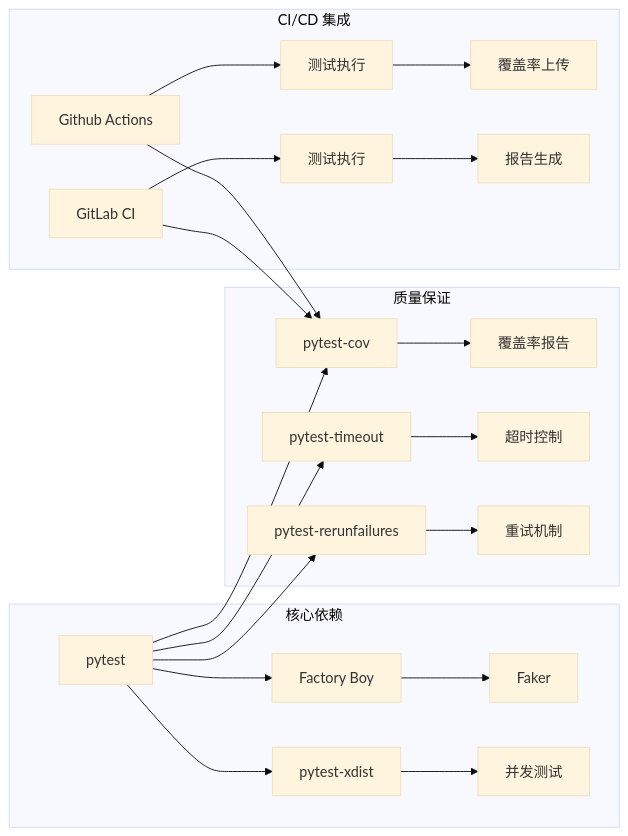
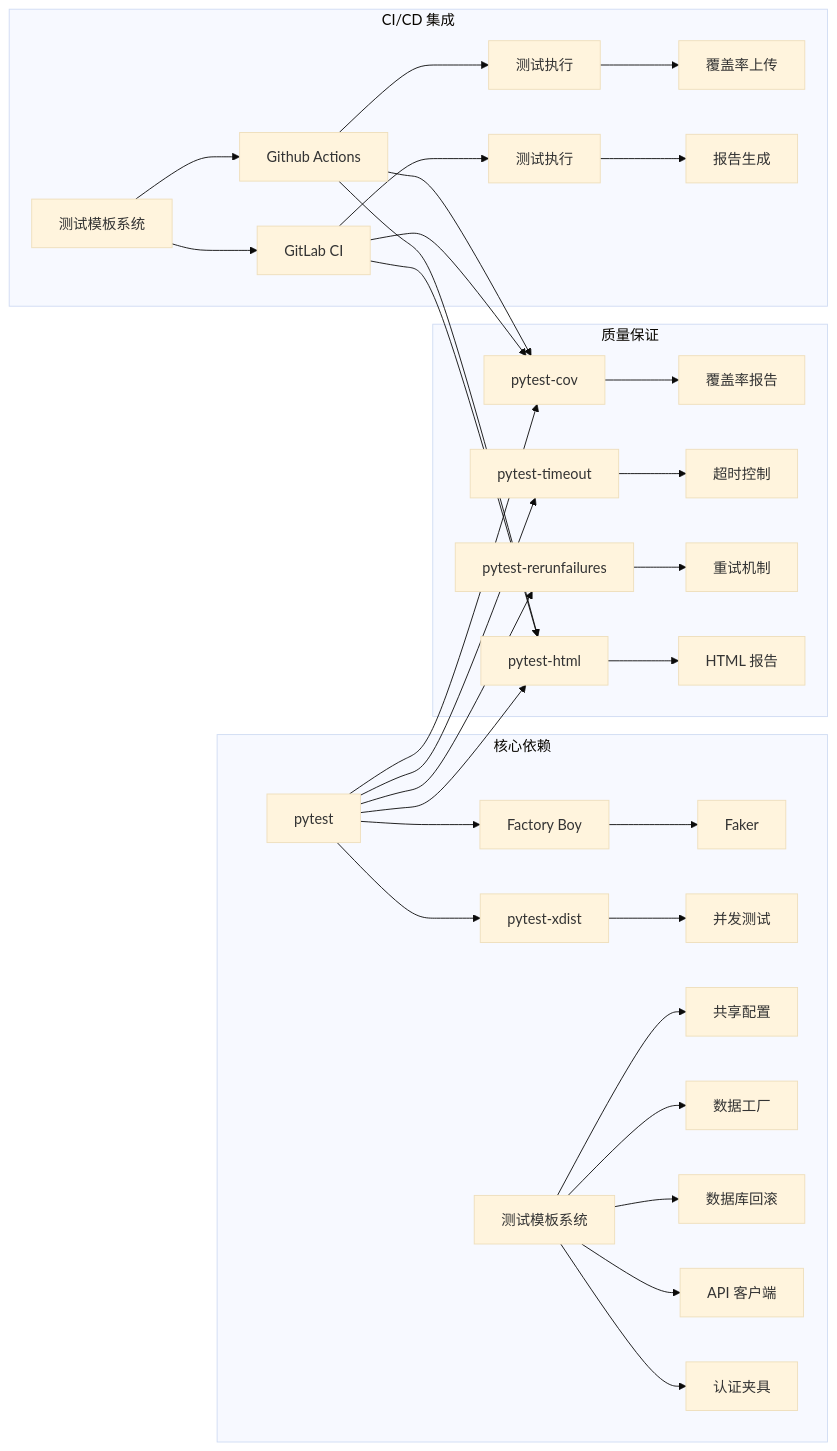
Before and after one commit to AngelWings1997/altas: the seventh of 9 diagrams in .qoder/repowiki/zh/content/Altas Workflow Core/测试数据管理参考.md, drawn with Mermaid (base theme). The commit also changed other lines of this file and 8 other files, not shown here.

````diff
--- a/.qoder/repowiki/zh/content/Altas Workflow Core/测试数据管理参考.md
+++ b/.qoder/repowiki/zh/content/Altas Workflow Core/测试数据管理参考.md
@@ -242,25 +413,36 @@
 ```mermaid
 graph LR
 subgraph "核心依赖"
 A[pytest] --> B[Factory Boy]
 B --> C[Faker]
 A --> D[pytest-xdist]
 D --> E[并发测试]
+F[测试模板系统] --> G[共享配置]
+F --> H[数据工厂]
+F --> I[数据库回滚]
+F --> J[API 客户端]
+F --> K[认证夹具]
 end
 subgraph "质量保证"
-F[pytest-cov] --> G[覆盖率报告]
-H[pytest-timeout] --> I[超时控制]
-J[pytest-rerunfailures] --> K[重试机制]
+L[pytest-cov] --> M[覆盖率报告]
+N[pytest-timeout] --> O[超时控制]
+P[pytest-rerunfailures] --> Q[重试机制]
+R[pytest-html] --> S[HTML 报告]
 end
 subgraph "CI/CD 集成"
-L[Github Actions] --> M[测试执行]
-M --> N[覆盖率上传]
-O[GitLab CI] --> P[测试执行]
-P --> Q[报告生成]
+T[Github Actions] --> U[测试执行]
+U --> V[覆盖率上传]
+W[GitLab CI] --> X[测试执行]
+X --> Y[报告生成]
+Z[测试模板系统] --> T
+Z --> W
 end
-A --> F
-A --> H
-A --> J
-L --> F
-O --> F
+A --> L
+A --> N
+A --> P
+A --> R
+T --> L
+T --> R
+W --> L
+W --> R
 ```
````
